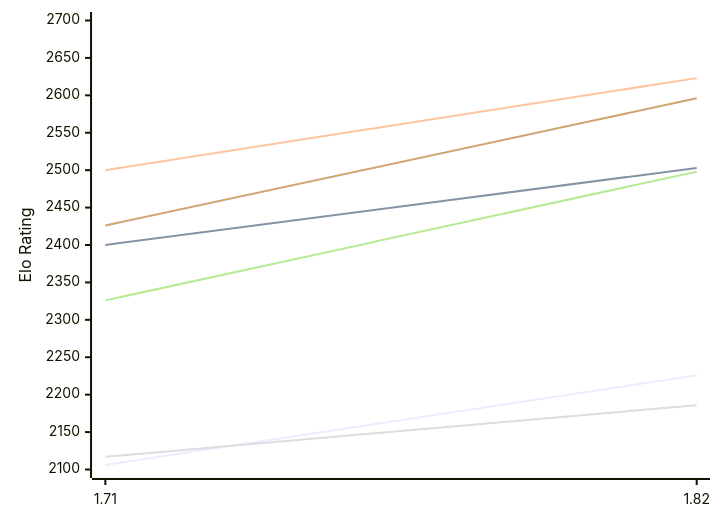
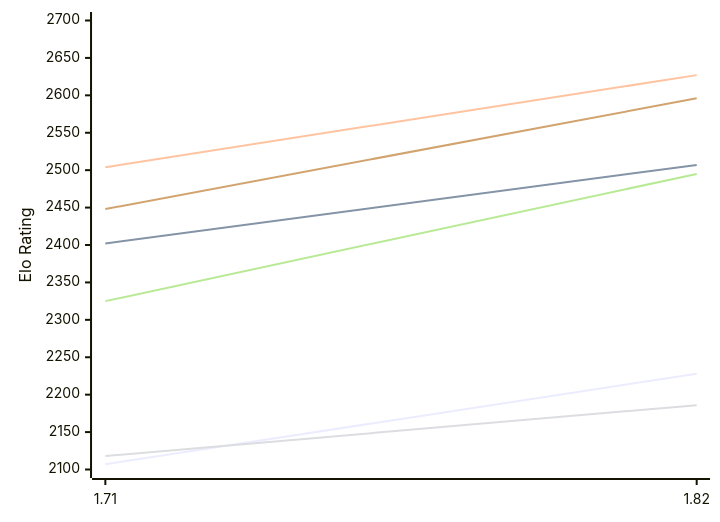
The first of 2 diagrams in engines/Amira.md (computer-chess-index/cci), drawn with Mermaid before and after one commit. The commit also changed other lines of this file, not shown here.

Commit message:
Update CCI Ratings (ELO VLTC) - 2026-11-22

````diff
--- a/engines/Amira.md
+++ b/engines/Amira.md
@@ -50,12 +50,12 @@
 ```mermaid
 %%{init: {"theme":"base","themeVariables":{"seriesColors:['#a3a3a3','#222221','#faa371']}}}%%
 xychart-beta
   x-axis ["1.71", "1.82"]
   y-axis "Elo Rating" 2100 --> 2700
-  line "E1: STC (8.0+0.08s)" [2106, 2226]
-  line "E1: LTC (60.0+0.60s)" [2400, 2503]
-  line "E1: VLTC (2m24s+1.12s)" [2500, 2623]
-  line "P1: STC (8.0+0.08s)" [2117, 2186]
-  line "P1: LTC (60.0+0.60s)" [2326, 2498]
-  line "P1: VLTC (2m24s+1.12s)" [2426, 2596]
+  line "E1: STC (8.0+0.08s)" [2107, 2228]
+  line "E1: LTC (60.0+0.60s)" [2402, 2507]
+  line "E1: VLTC (2m24s+1.12s)" [2504, 2627]
+  line "P1: STC (8.0+0.08s)" [2118, 2186]
+  line "P1: LTC (60.0+0.60s)" [2325, 2495]
+  line "P1: VLTC (2m24s+1.12s)" [2448, 2596]
 ```
````
